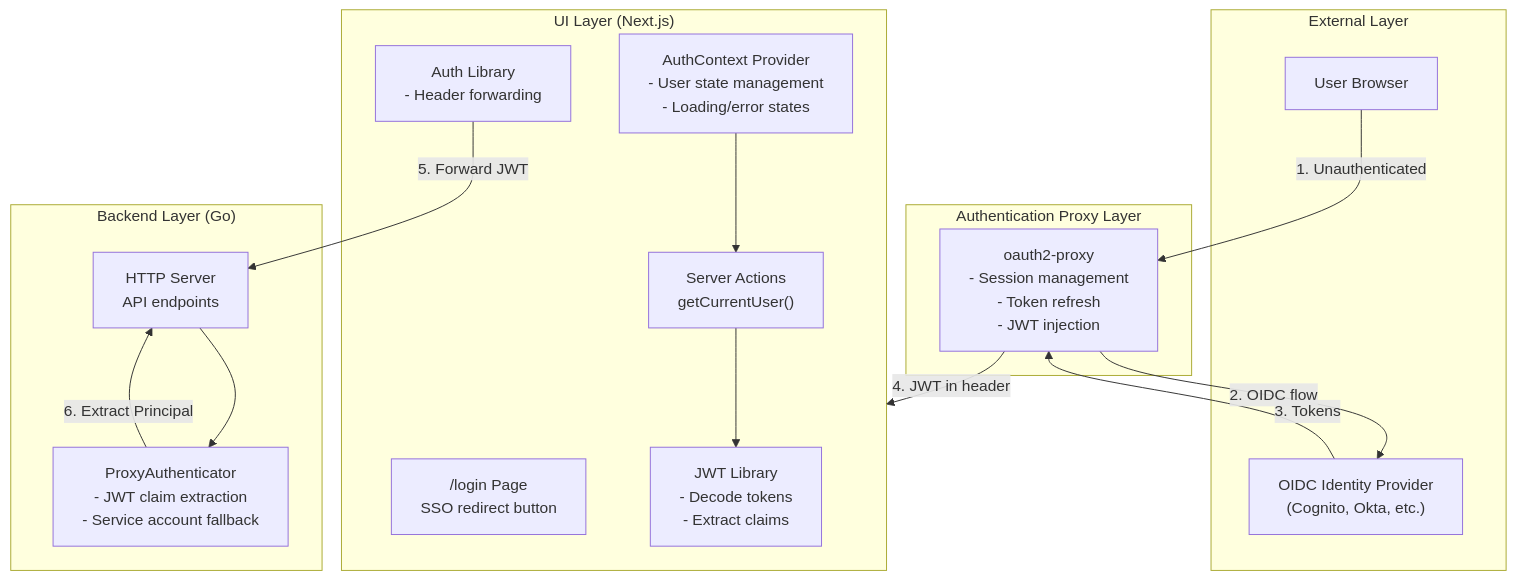
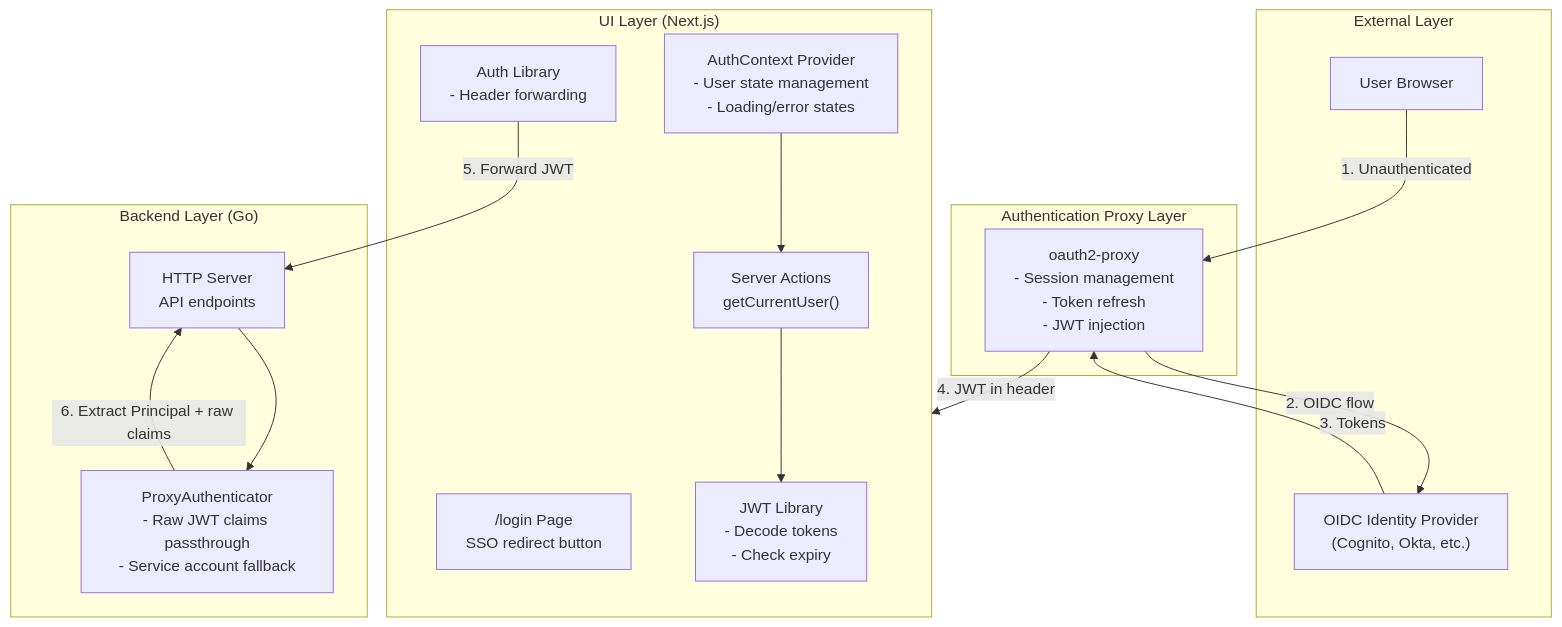
One commit to jholt96/kagent changed the second of 4 diagrams in docs/OIDC_PROXY_AUTH_ARCHITECTURE.md. Above: the diagram before and after it, drawn with Mermaid. The commit also changed other lines of this file and 19 other files, not shown here.

````diff
--- a/docs/OIDC_PROXY_AUTH_ARCHITECTURE.md
+++ b/docs/OIDC_PROXY_AUTH_ARCHITECTURE.md
@@ -40,36 +40,36 @@
 ```mermaid
 flowchart TB
     subgraph External["External Layer"]
         Browser["User Browser"]
         IDP["OIDC Identity Provider<br/>(Cognito, Okta, etc.)"]
     end
 
     subgraph Proxy["Authentication Proxy Layer"]
         OAuth2Proxy["oauth2-proxy<br/>- Session management<br/>- Token refresh<br/>- JWT injection"]
     end
 
     subgraph UI["UI Layer (Next.js)"]
         LoginPage["/login Page<br/>SSO redirect button"]
         AuthContext["AuthContext Provider<br/>- User state management<br/>- Loading/error states"]
         AuthActions["Server Actions<br/>getCurrentUser()"]
-        JWTLib["JWT Library<br/>- Decode tokens<br/>- Extract claims"]
+        JWTLib["JWT Library<br/>- Decode tokens<br/>- Check expiry"]
         AuthLib["Auth Library<br/>- Header forwarding"]
     end
 
     subgraph Backend["Backend Layer (Go)"]
-        ProxyAuth["ProxyAuthenticator<br/>- JWT claim extraction<br/>- Service account fallback"]
+        ProxyAuth["ProxyAuthenticator<br/>- Raw JWT claims passthrough<br/>- Service account fallback"]
         HTTPServer["HTTP Server<br/>API endpoints"]
     end
 
     Browser -->|"1. Unauthenticated"| OAuth2Proxy
     OAuth2Proxy -->|"2. OIDC flow"| IDP
     IDP -->|"3. Tokens"| OAuth2Proxy
     OAuth2Proxy -->|"4. JWT in header"| UI
 
     AuthContext --> AuthActions
     AuthActions --> JWTLib
 
     AuthLib -->|"5. Forward JWT"| HTTPServer
     HTTPServer --> ProxyAuth
-    ProxyAuth -->|"6. Extract Principal"| HTTPServer
+    ProxyAuth -->|"6. Extract Principal + raw claims"| HTTPServer
 ```
````
